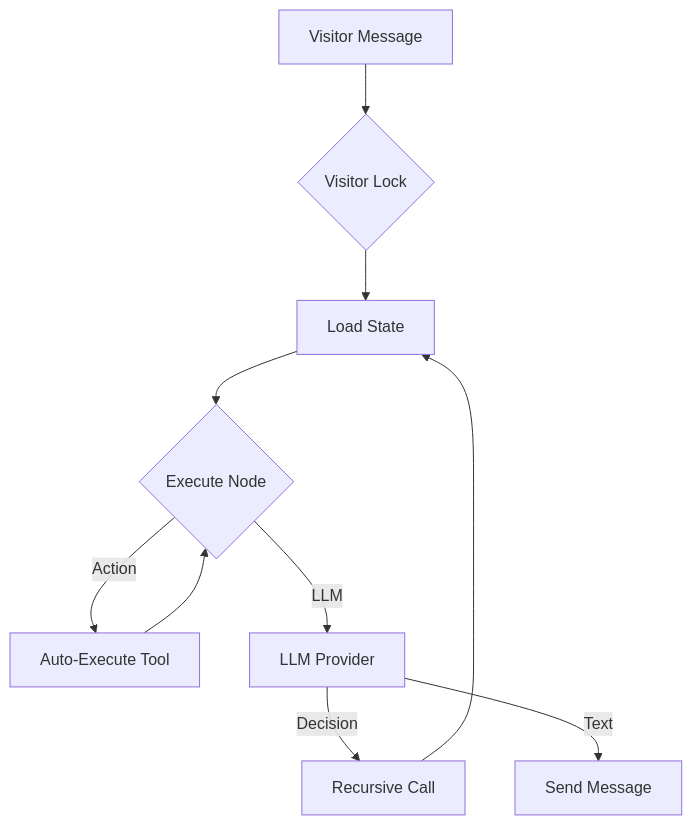
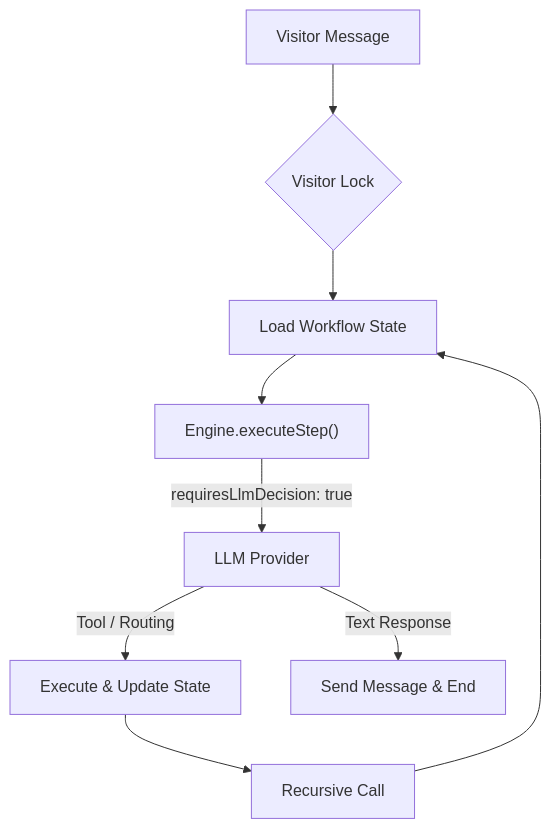
The fifth of 6 diagrams in presentation/pages/hoang.md (doananhhung/livechat), drawn with Mermaid before and after one commit. The commit also changed other lines of this file and 6 other files, not shown here.

Commit message:
rename requiresRouting to requiresLlmDecision

````diff
--- a/presentation/pages/hoang.md
+++ b/presentation/pages/hoang.md
@@ -213,15 +171,15 @@
 ```mermaid
 flowchart TD
     Msg[Visitor Message] --> Lock{Visitor Lock}
-    Lock --> Load[Load State]
-    Load --> Exec{Execute Node}
+    Lock --> Load[Load Workflow State]
+    Load --> Engine["Engine.executeStep()"]
     
-    Exec -- Action --> Tool[Auto-Execute Tool]
-    Tool --> Exec
+    Engine -- "requiresLlmDecision: true" --> Brain[LLM Provider]
     
-    Exec -- LLM --> Brain[LLM Provider]
-    Brain -- Decision --> Recurse[Recursive Call]
-    Brain -- Text --> Reply[Send Message]
+    Brain -- "Tool / Routing" --> Action[Execute & Update State]
+    Action --> Recurse[Recursive Call]
+    
+    Brain -- "Text Response" --> Reply[Send Message & End]
     
     Recurse --> Load
 ```
````
